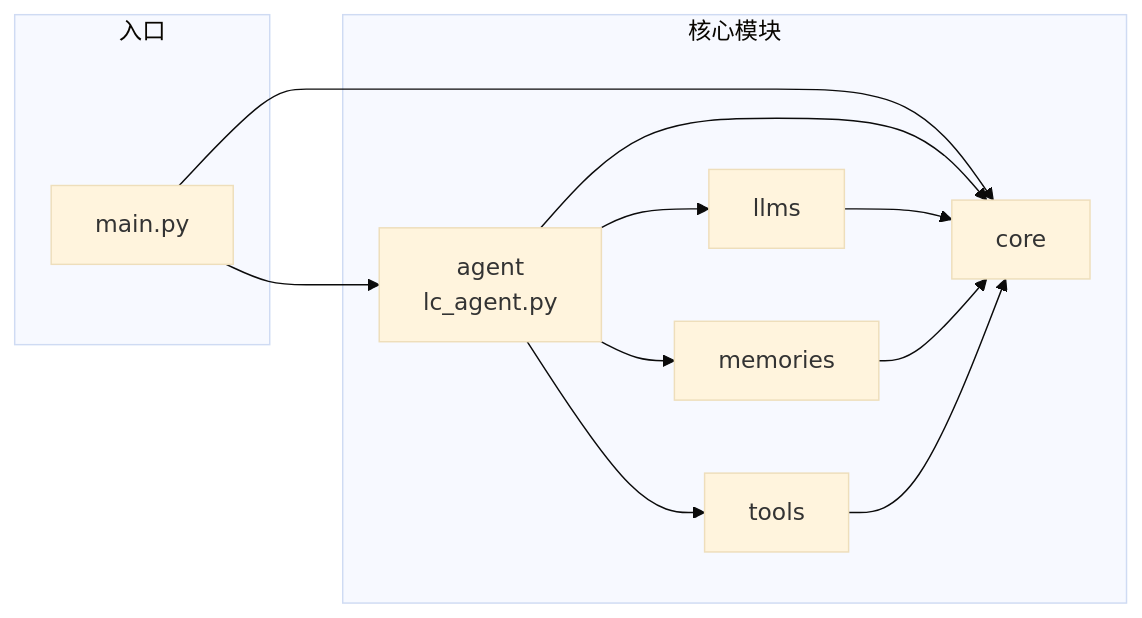
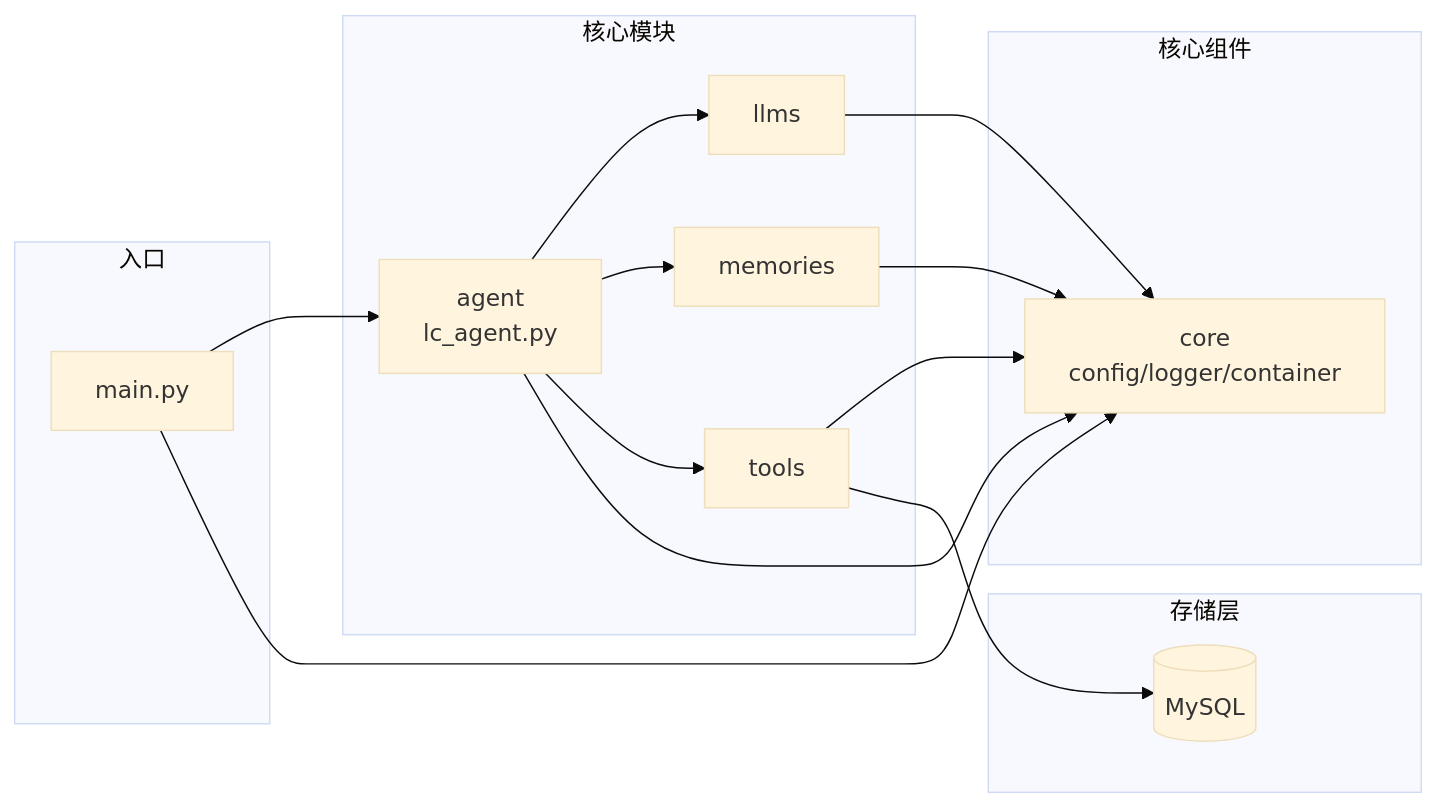
One commit to chain-engine/x-langchain changed the third of 3 diagrams in README.md. Above: the diagram before and after it, drawn with Mermaid (base theme). The commit also changed other lines of this file and 1 other file, not shown here.

````diff
--- a/README.md
+++ b/README.md
@@ -267,24 +290,32 @@
 ```mermaid
 graph LR
     subgraph 入口
         M[main.py]
+    end
+
+    subgraph 核心组件
+        CC[core<br/>config/logger/container]
     end
 
     subgraph 核心模块
         AG[agent<br/>lc_agent.py]
         LL[llms]
         MM[memories]
         TT[tools]
-        CC[core]
+    end
+
+    subgraph 存储层
+        DB[(MySQL)]
     end
 
     M --> AG
     M --> CC
     AG --> LL
     AG --> MM
     AG --> TT
     AG --> CC
     LL --> CC
     MM --> CC
     TT --> CC
+    TT --> DB
 ```
````
